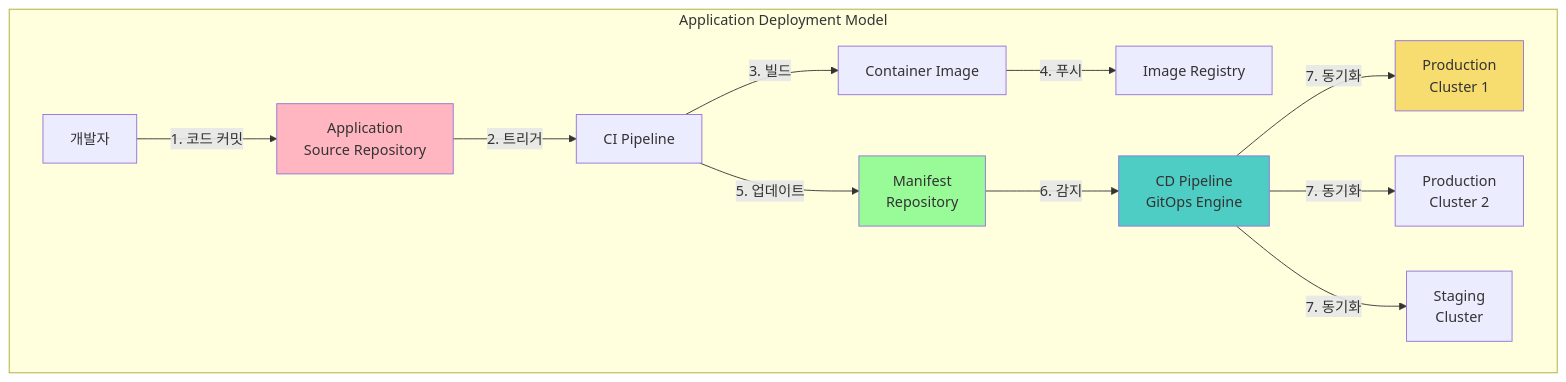
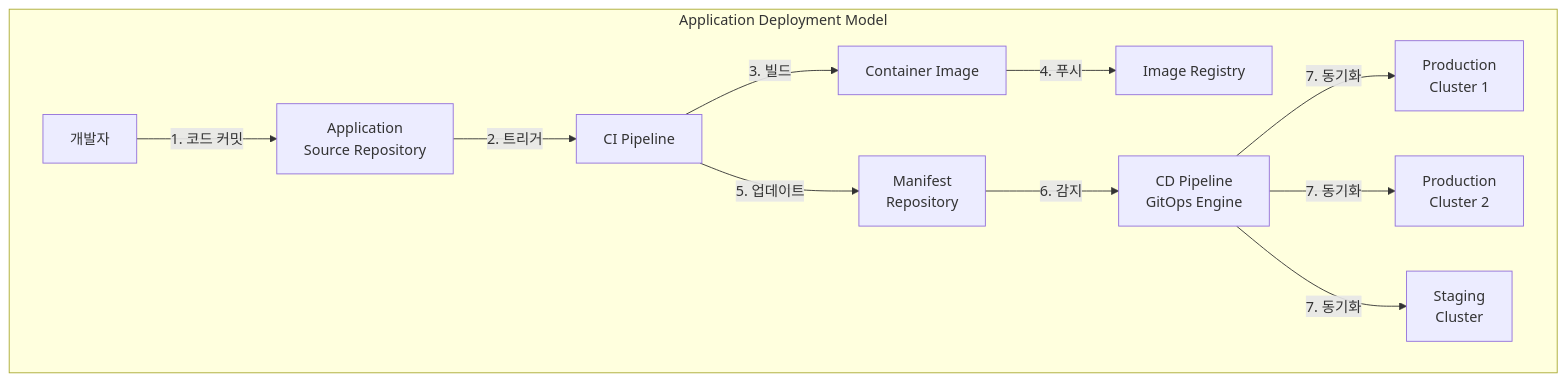
Diagram 19 of 41 in docs/cicd/week1-image-build.md (juwon8891/juwon8891.github.io), drawn with Mermaid before and after one commit. The commit also changed other lines of this file and 18 other files, not shown here.

Commit message:
Remove bright colors from Mermaid diagrams for dark mode compatibility

````diff
--- a/docs/cicd/week1-image-build.md
+++ b/docs/cicd/week1-image-build.md
@@ -1157,24 +1113,20 @@
 ```mermaid
 graph TB
     subgraph "Application Deployment Model"
         DEV[개발자] -->|1. 코드 커밋| APP_REPO[Application<br/>Source Repository]
 
         APP_REPO -->|2. 트리거| CI[CI Pipeline]
 
         CI -->|3. 빌드| IMAGE[Container Image]
         IMAGE -->|4. 푸시| REGISTRY[Image Registry]
 
         CI -->|5. 업데이트| MANIFEST_REPO[Manifest<br/>Repository]
 
         MANIFEST_REPO -->|6. 감지| CD[CD Pipeline<br/>GitOps Engine]
 
         CD -->|7. 동기화| CLUSTER1[Production<br/>Cluster 1]
         CD -->|7. 동기화| CLUSTER2[Production<br/>Cluster 2]
         CD -->|7. 동기화| CLUSTER3[Staging<br/>Cluster]
 
-        style APP_REPO fill:#FFB6C1
-        style MANIFEST_REPO fill:#98FB98
-        style CD fill:#4ECDC4
-        style CLUSTER1 fill:#F7DC6F
     end
 ```
````
